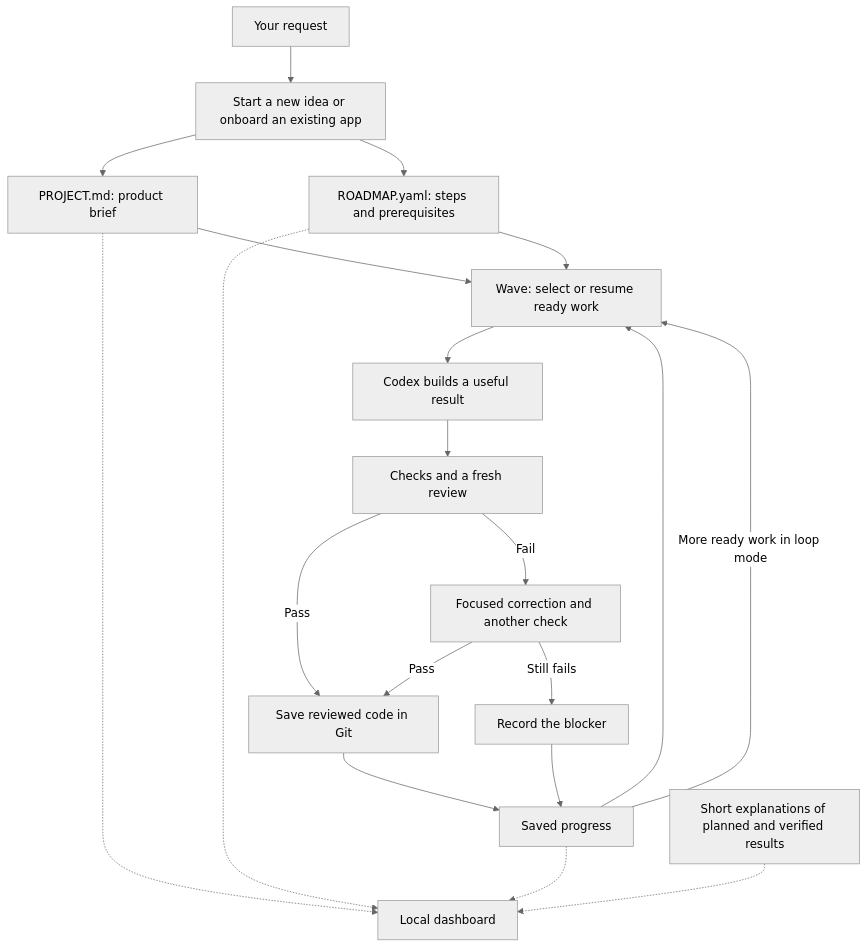
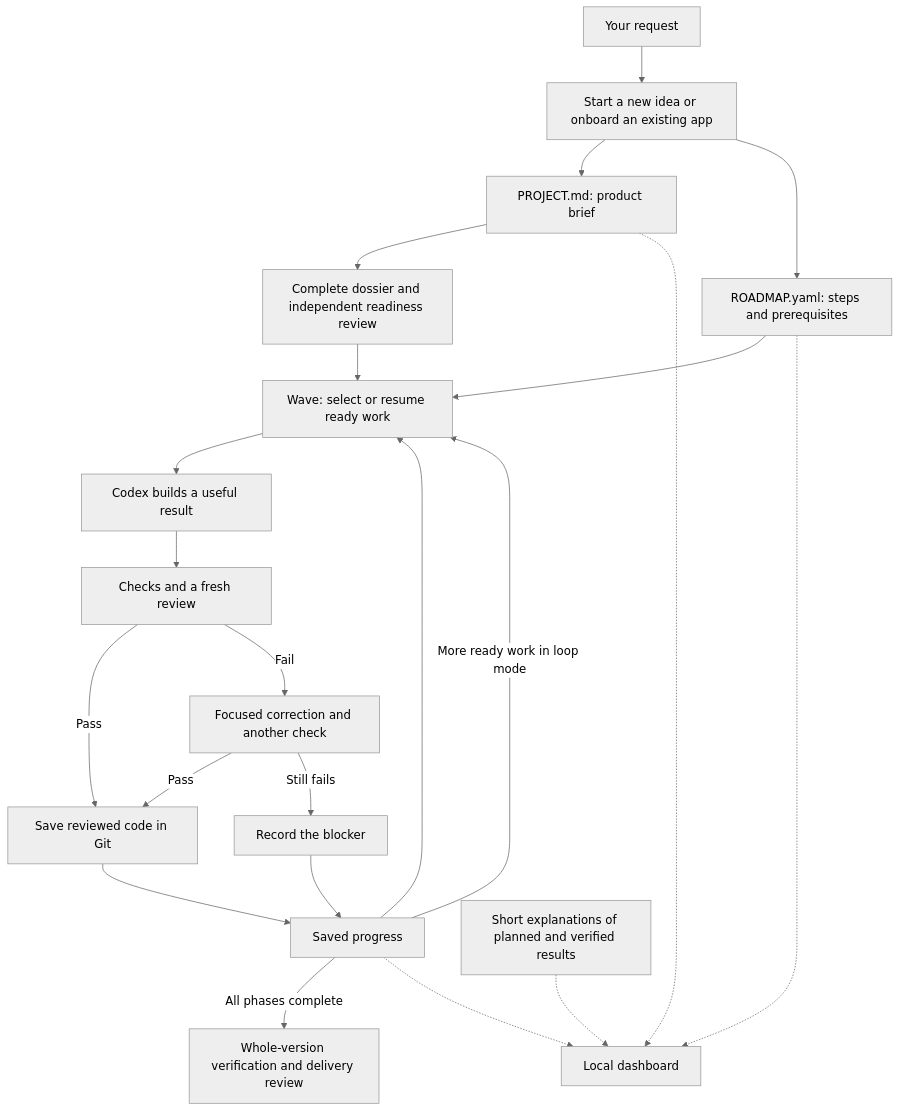
One commit to alexadark/riff-codex changed the diagram in docs/how-it-works.md. Above: the diagram before and after it, drawn with Mermaid (neutral theme). The commit also changed other lines of this file and 19 other files, not shown here.

Commit message:
feat: gate complete planning and autonomous wave delivery

````diff
--- a/docs/how-it-works.md
+++ b/docs/how-it-works.md
@@ -21,22 +22,24 @@
 ```mermaid
 flowchart TD
     Request[Your request] --> Shape[Start a new idea or onboard an existing app]
     Shape --> Brief[PROJECT.md: product brief]
     Shape --> Roadmap[ROADMAP.yaml: steps and prerequisites]
-    Brief --> Wave[Wave: select or resume ready work]
+    Brief --> Ready[Complete dossier and independent readiness review]
+    Ready --> Wave[Wave: select or resume ready work]
     Roadmap --> Wave
     State[Saved progress] --> Wave
     Wave --> Codex[Codex builds a useful result]
     Codex --> Verify[Checks and a fresh review]
     Verify -->|Pass| Commit[Save reviewed code in Git]
     Verify -->|Fail| Repair[Focused correction and another check]
     Repair -->|Pass| Commit
     Repair -->|Still fails| Block[Record the blocker]
     Commit --> State
     Block --> State
     State -->|More ready work in loop mode| Wave
+    State -->|All phases complete| Final[Whole-version verification and delivery review]
     Brief -.-> Board[Local dashboard]
     Roadmap -.-> Board
     State -.-> Board
     Explain[Short explanations of planned and verified results] -.-> Board
 ```
````
